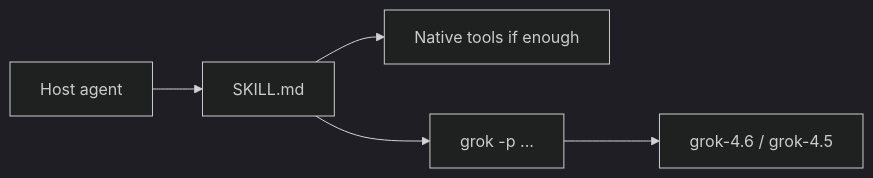
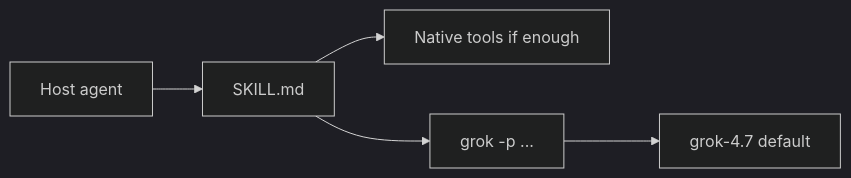
The diagram in docs/features/grok-build-skill/README.md (pedroknigge/grok-build-skill), drawn with Mermaid (dark theme) before and after one commit. The commit also changed other lines of this file and 22 other files, not shown here.

First line of the commit message:
v3.3: Align grok-build skill with Grok Build CLI 1.0.48

````diff
--- a/docs/features/grok-build-skill/README.md
+++ b/docs/features/grok-build-skill/README.md
@@ -54,7 +54,7 @@
 ```mermaid
 flowchart LR
   Host[Host agent] --> Skill[SKILL.md]
   Skill --> Native[Native tools if enough]
   Skill --> CLI["grok -p ..."]
-  CLI --> Model["grok-4.6 / grok-4.5"]
+  CLI --> Model["grok-4.7 default"]
 ```
````
